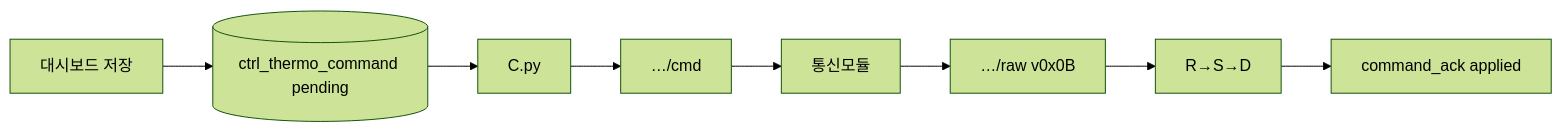
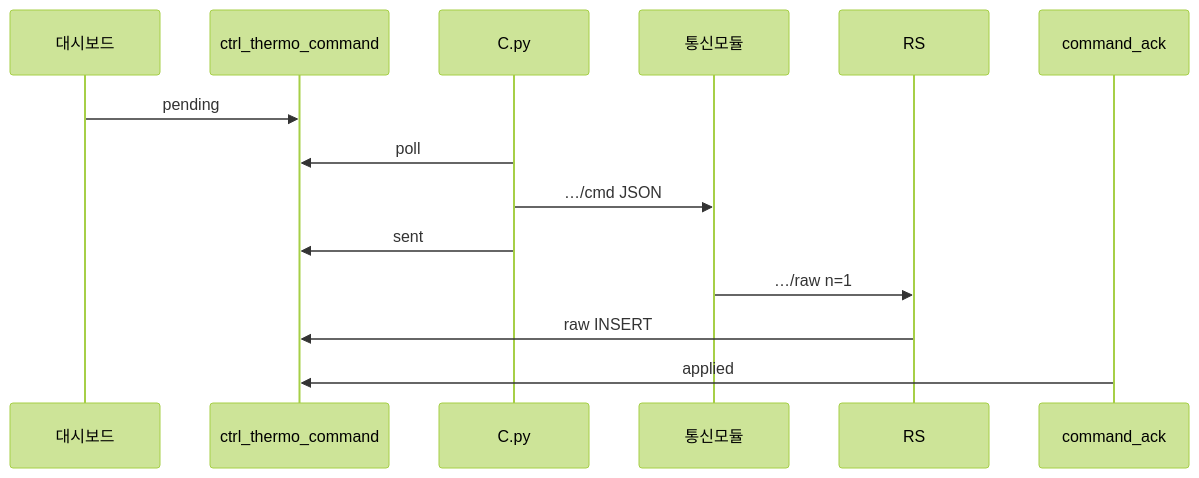
One commit to SIJackLee/dashboard changed the second of 2 diagrams in 데이터폼 최종안.md. Above: the diagram before and after it, drawn with Mermaid (forest theme). The commit also changed other lines of this file and 9 other files, not shown here.

````diff
--- a/데이터폼 최종안.md
+++ b/데이터폼 최종안.md
@@ -317,10 +330,17 @@
 ```mermaid
-flowchart LR
-  UI[대시보드 저장] --> DB[(ctrl_thermo_command pending)]
-  DB --> C[C.py]
-  C --> MQTT[…/cmd]
-  MQTT --> CM[통신모듈]
-  CM --> UPL[…/raw v0x0B]
-  UPL --> RSD[R→S→D]
-  RSD --> ACK[command_ack applied]
+sequenceDiagram
+  participant UI as 대시보드
+  participant DB as ctrl_thermo_command
+  participant C as C.py
+  participant CM as 통신모듈
+  participant RS as RS
+  participant ACK as command_ack
+
+  UI->>DB: pending
+  C->>DB: poll
+  C->>CM: …/cmd JSON
+  C->>DB: sent
+  CM->>RS: …/raw n=1
+  RS->>DB: raw INSERT
+  ACK->>DB: applied
 ```
````
